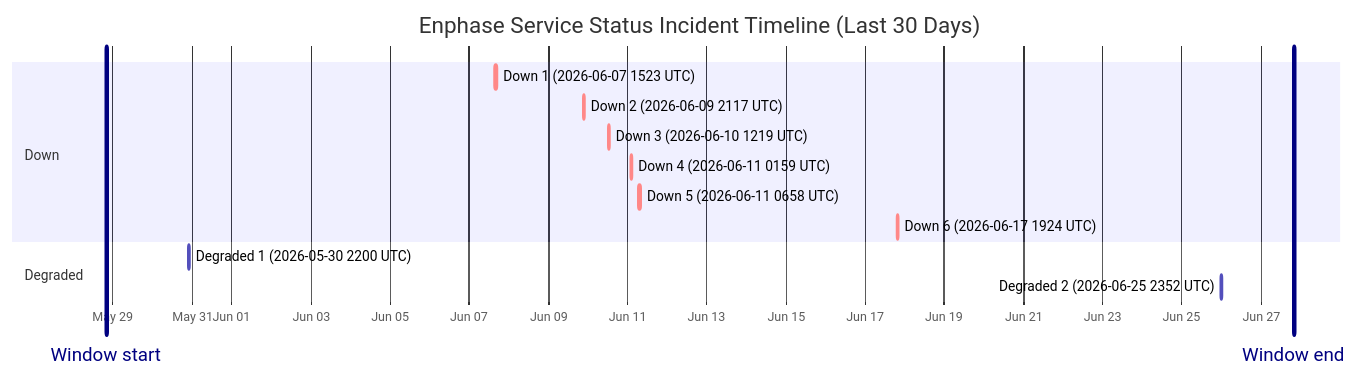
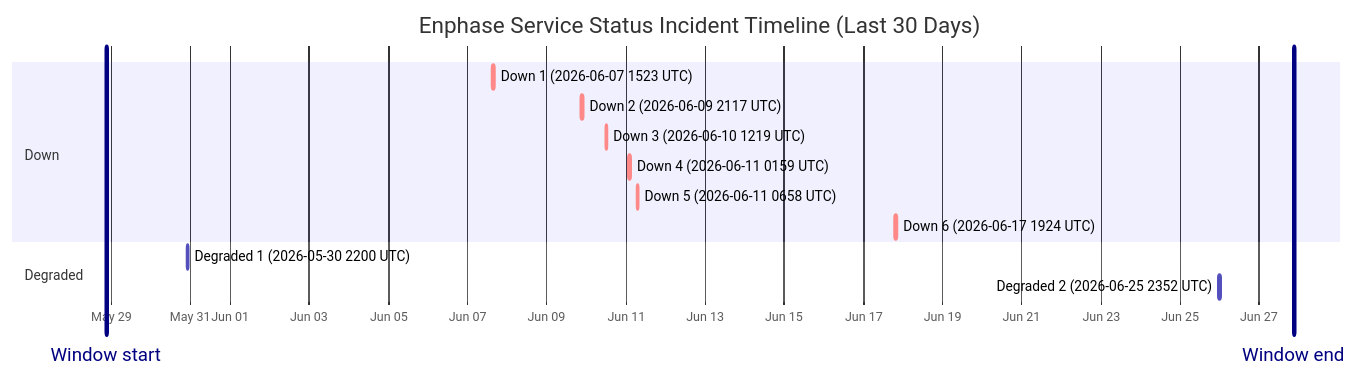
One commit to barneyonline/ha-enphase-energy changed the diagram in wiki/Service-Status-History.md. Above: the diagram before and after it, drawn with Mermaid. The commit also changed other lines of this file and 3 other files, not shown here.

````diff
--- a/wiki/Service-Status-History.md
+++ b/wiki/Service-Status-History.md
@@ -14,18 +14,18 @@
 ```mermaid
 gantt
     title Enphase Service Status Incident Timeline (Last 30 Days)
     dateFormat  YYYY-MM-DDTHH:mm:ss
     axisFormat  %b %d
-    Window start :vert, window-start, 2026-05-28T19:52:19, 0ms
-    Window end :vert, window-end, 2026-06-27T19:52:19, 0ms
+    Window start :vert, window-start, 2026-05-28T21:01:45, 0ms
+    Window end :vert, window-end, 2026-06-27T21:01:45, 0ms
     section Down
     Down 1 (2026-06-07 1523 UTC) :crit, down-1, 2026-06-07T15:23:22, 87m
     Down 2 (2026-06-09 2117 UTC) :crit, down-2, 2026-06-09T21:17:17, 60m
     Down 3 (2026-06-10 1219 UTC) :crit, down-3, 2026-06-10T12:19:21, 60m
     Down 4 (2026-06-11 0159 UTC) :crit, down-4, 2026-06-11T01:59:36, 60m
     Down 5 (2026-06-11 0658 UTC) :crit, down-5, 2026-06-11T06:58:45, 60m
     Down 6 (2026-06-17 1924 UTC) :crit, down-6, 2026-06-17T19:24:51, 60m
     section Degraded
     Degraded 1 (2026-05-30 2200 UTC) :active, degraded-1, 2026-05-30T22:00:37, 60m
     Degraded 2 (2026-06-25 2352 UTC) :active, degraded-2, 2026-06-25T23:52:01, 60m
 ```
````
